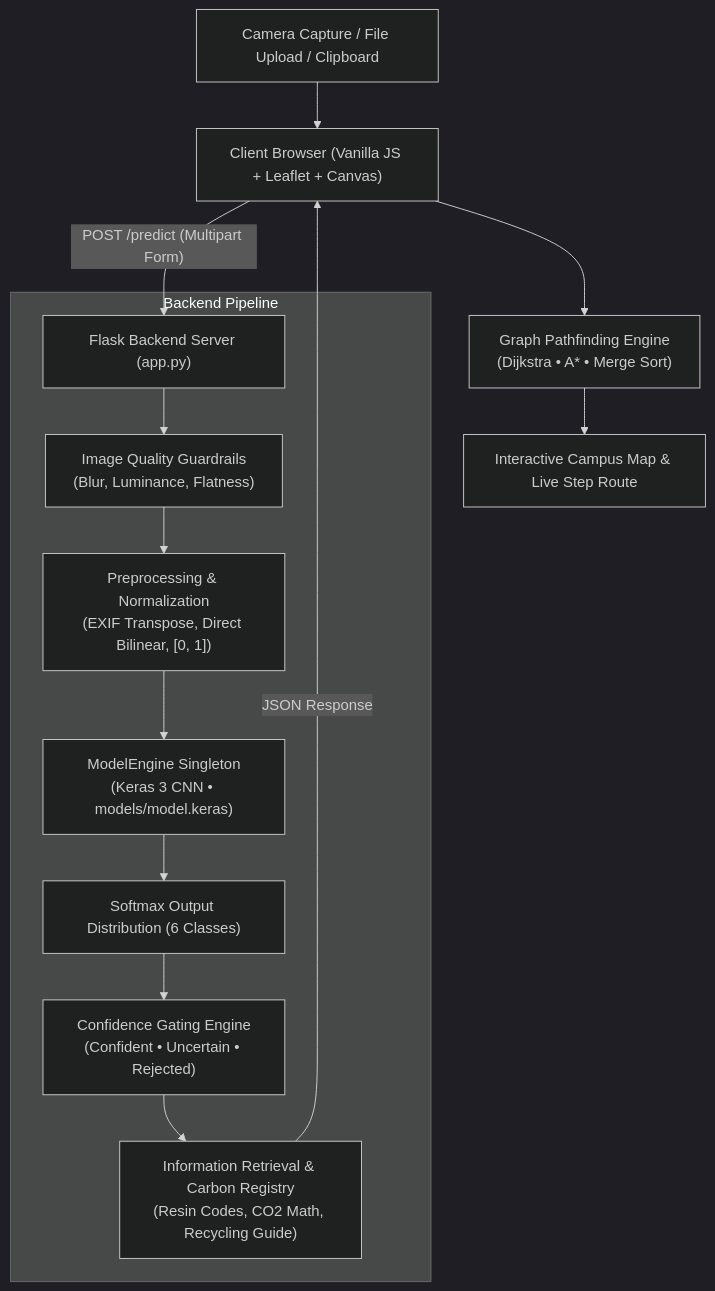
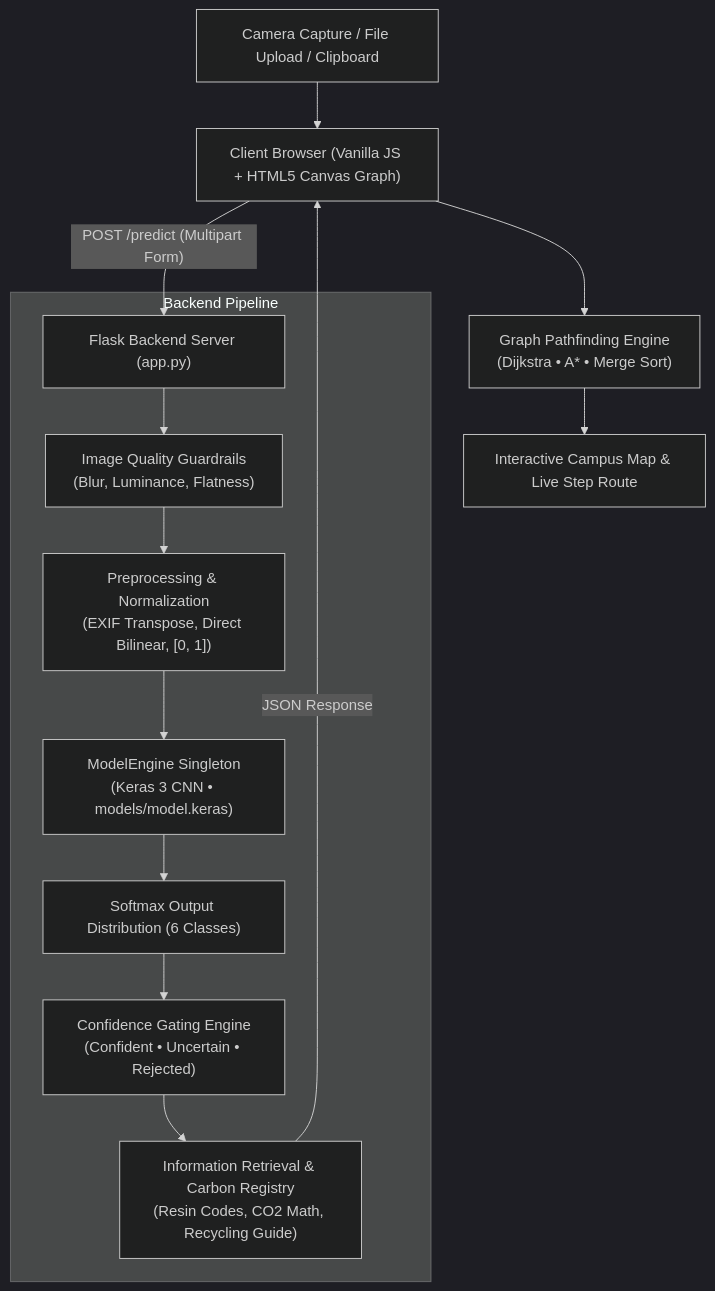
Before and after one commit to nour714/EcoSort: the first of 2 diagrams in README.md, drawn with Mermaid (dark theme). The commit also changed other lines of this file and 2 other files, not shown here.

Commit message:
docs(p2-3): sync README architecture, update API schema, remove obsolete compose version, and add Flask vs Vercel deployment guide

````diff
--- a/README.md
+++ b/README.md
@@ -51,19 +52,19 @@
 ```mermaid
 flowchart TD
-    Client["Client Browser (Vanilla JS + Leaflet + Canvas)"]
+    Client["Client Browser (Vanilla JS + HTML5 Canvas Graph)"]
     Camera["Camera Capture / File Upload / Clipboard"] --> Client
     Client -->|"POST /predict (Multipart Form)"| Flask["Flask Backend Server (app.py)"]
     
     subgraph Backend Pipeline
         Flask --> Quality["Image Quality Guardrails\n(Blur, Luminance, Flatness)"]
         Quality --> Preproc["Preprocessing & Normalization\n(EXIF Transpose, Direct Bilinear, [0, 1])"]
         Preproc --> ModelEngine["ModelEngine Singleton\n(Keras 3 CNN &bull; models/model.keras)"]
         ModelEngine --> Softmax["Softmax Output Distribution (6 Classes)"]
         Softmax --> Gating["Confidence Gating Engine\n(Confident &bull; Uncertain &bull; Rejected)"]
         Gating --> IR["Information Retrieval & Carbon Registry\n(Resin Codes, CO2 Math, Recycling Guide)"]
     end
     
     IR -->|"JSON Response"| Client
     Client --> Pathfinding["Graph Pathfinding Engine\n(Dijkstra &bull; A* &bull; Merge Sort)"]
     Pathfinding --> MapUI["Interactive Campus Map & Live Step Route"]
 ```
````
